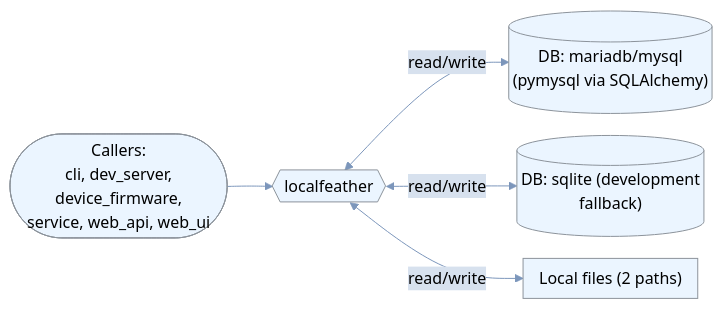
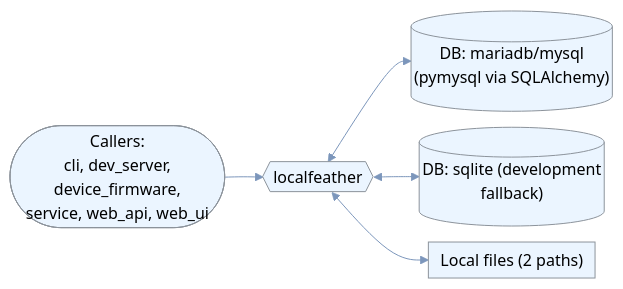
Diagram 14 of 42 in outputs/johnzastrow_Summary.md (johnzastrow/Roux7375Testresults), drawn with Mermaid before and after one commit. The commit also changed other lines of this file, not shown here.

First line of the commit message:
Enlarge data flow diagram text for letter-size printing

````diff
--- a/outputs/johnzastrow_Summary.md
+++ b/outputs/johnzastrow_Summary.md
@@ -1179,13 +1179,13 @@
 ```mermaid
-%%{init: {"theme":"base","flowchart":{"useMaxWidth":true,"nodeSpacing":22,"rankSpacing":45,"padding":8},"themeVariables":{"background":"#ffffff","primaryColor":"#ebf5ff","primaryTextColor":"#000000","primaryBorderColor":"#8c939b","lineColor":"#7c96bb","secondaryColor":"#d7e1ee","tertiaryColor":"#c3d2e5","fontFamily":"\"Inter\", \"Noto Sans SC\", sans-serif","fontSize":"14","pie1":"#b4413c","pie2":"#d9893b","pie3":"#7c96bb","pie4":"#73A78D","pie5":"#CB9B7A","pie6":"#6B8CAE","pie7":"#c3d2e5","pie8":"#8c939b"}}}%%
+%%{init: {"theme":"base","flowchart":{"useMaxWidth":true,"nodeSpacing":16,"rankSpacing":38,"padding":6},"themeVariables":{"background":"#ffffff","primaryColor":"#ebf5ff","primaryTextColor":"#000000","primaryBorderColor":"#8c939b","lineColor":"#7c96bb","secondaryColor":"#d7e1ee","tertiaryColor":"#c3d2e5","fontFamily":"\"Inter\", \"Noto Sans SC\", sans-serif","fontSize":"17","pie1":"#b4413c","pie2":"#d9893b","pie3":"#7c96bb","pie4":"#73A78D","pie5":"#CB9B7A","pie6":"#6B8CAE","pie7":"#c3d2e5","pie8":"#8c939b"}}}%%
 flowchart LR
     APP{{"localfeather"}}
     U(["Callers:<br>cli, dev_server,<br>device_firmware,<br>service, web_api, web_ui"]) --> APP
     D1[("DB: mariadb/mysql<br>(pymysql via SQLAlchemy)")]
-    APP <-->|read/write| D1
+    APP <--> D1
     D2[("DB: sqlite (development<br>fallback)")]
-    APP <-->|read/write| D2
+    APP <--> D2
     F3["Local files (2 paths)"]
-    APP <-->|read/write| F3
+    APP <--> F3
     classDef ext fill:#fdecea,stroke:#b4413c,stroke-width:2px,color:#000000
 ```
````
